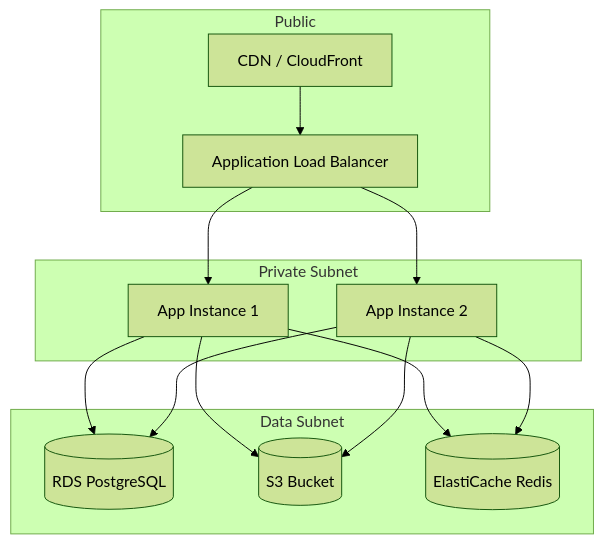
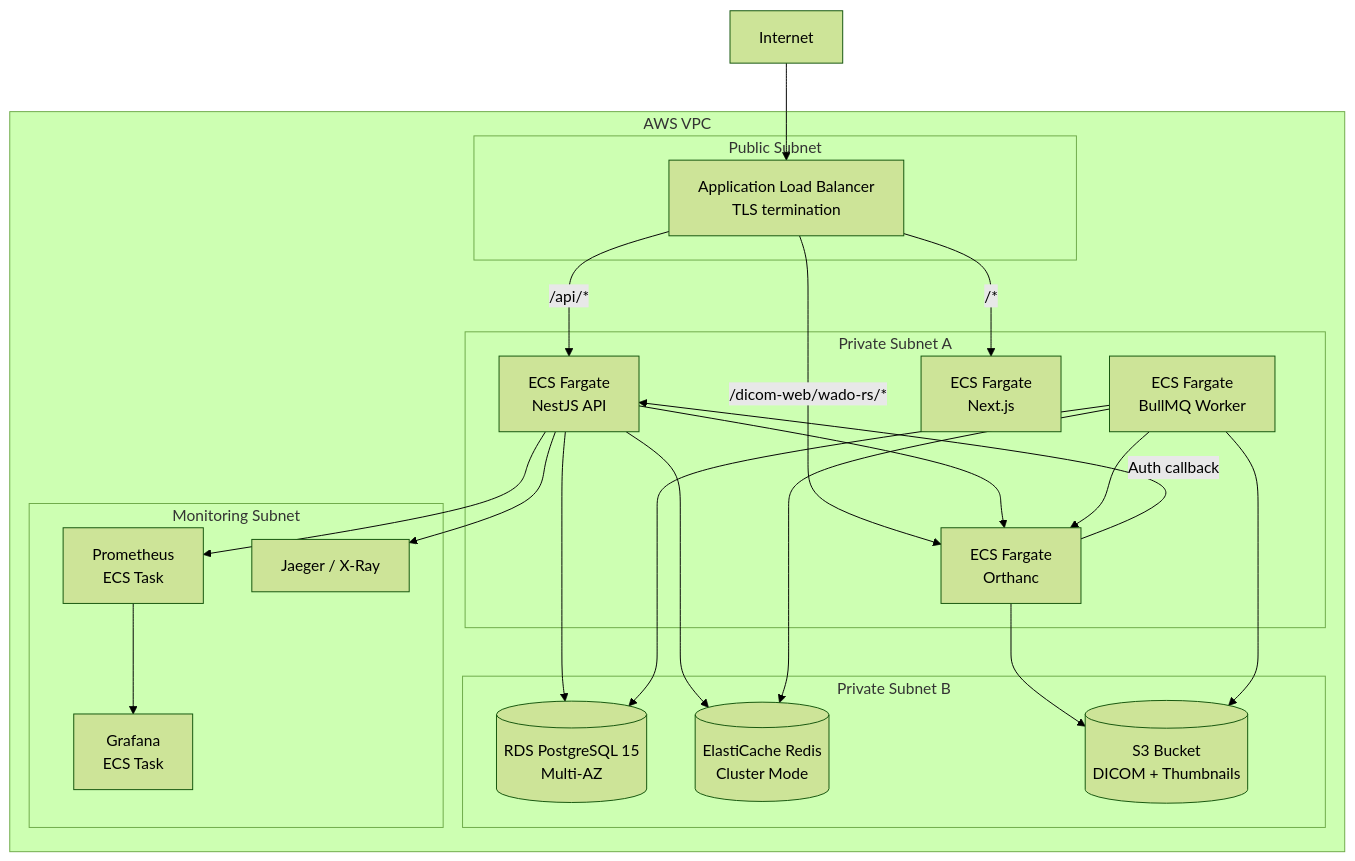
Before and after one commit to whonoahexe/radvault-pacs: the seventh of 8 diagrams in templates/ARCHITECTURE.md, drawn with Mermaid (forest theme). The commit also changed other lines of this file and 1 other file, not shown here.

````diff
--- a/templates/ARCHITECTURE.md
+++ b/templates/ARCHITECTURE.md
@@ -284,29 +463,50 @@
 ```mermaid
 graph TD
-    %% REPLACE with your actual cloud architecture
-    subgraph "Public"
-        CDN[CDN / CloudFront]
-        LB[Application Load Balancer]
+    Internet[Internet]
+
+    subgraph AWS VPC
+        subgraph Public Subnet
+            ALB[Application Load Balancer<br/>TLS termination]
+        end
+
+        subgraph Private Subnet A
+            ECS_API[ECS Fargate<br/>NestJS API]
+            ECS_Worker[ECS Fargate<br/>BullMQ Worker]
+            ECS_Orthanc[ECS Fargate<br/>Orthanc]
+            ECS_Frontend[ECS Fargate<br/>Next.js]
+        end
+
+        subgraph Private Subnet B
+            RDS[(RDS PostgreSQL 15<br/>Multi-AZ)]
+            ElastiCache[(ElastiCache Redis<br/>Cluster Mode)]
+            S3[(S3 Bucket<br/>DICOM + Thumbnails)]
+        end
+
+        subgraph Monitoring Subnet
+            Prometheus[Prometheus<br/>ECS Task]
+            Grafana[Grafana<br/>ECS Task]
+            Jaeger[Jaeger / X-Ray]
+        end
     end
 
-    subgraph "Private Subnet"
-        App1[App Instance 1]
-        App2[App Instance 2]
-    end
+    Internet --> ALB
+    ALB -->|/api/*| ECS_API
+    ALB -->|/dicom-web/wado-rs/*| ECS_Orthanc
+    ALB -->|/*| ECS_Frontend
 
-    subgraph "Data Subnet"
-        RDS[(RDS PostgreSQL)]
-        S3[(S3 Bucket)]
-        ElastiCache[(ElastiCache Redis)]
-    end
+    ECS_API --> RDS
+    ECS_API --> ElastiCache
+    ECS_API --> ECS_Orthanc
 
-    CDN --> LB
-    LB --> App1
-    LB --> App2
-    App1 --> RDS
-    App2 --> RDS
-    App1 --> S3
-    App2 --> S3
-    App1 --> ElastiCache
-    App2 --> ElastiCache
+    ECS_Orthanc --> S3
+    ECS_Orthanc -->|Auth callback| ECS_API
+
+    ECS_Worker --> ElastiCache
+    ECS_Worker --> ECS_Orthanc
+    ECS_Worker --> S3
+    ECS_Worker --> RDS
+
+    ECS_API --> Prometheus
+    ECS_API --> Jaeger
+    Prometheus --> Grafana
 ```
````
